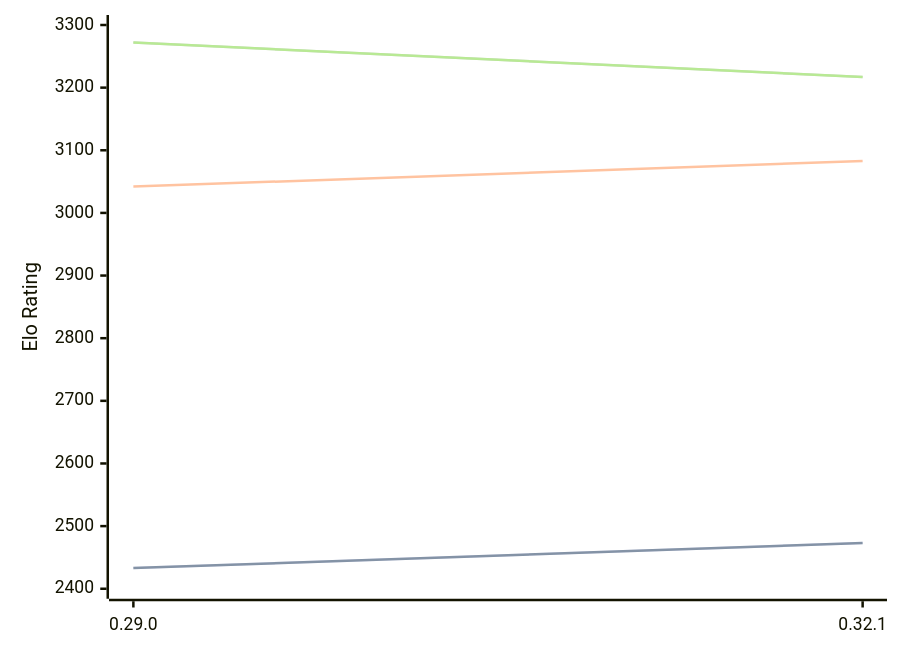
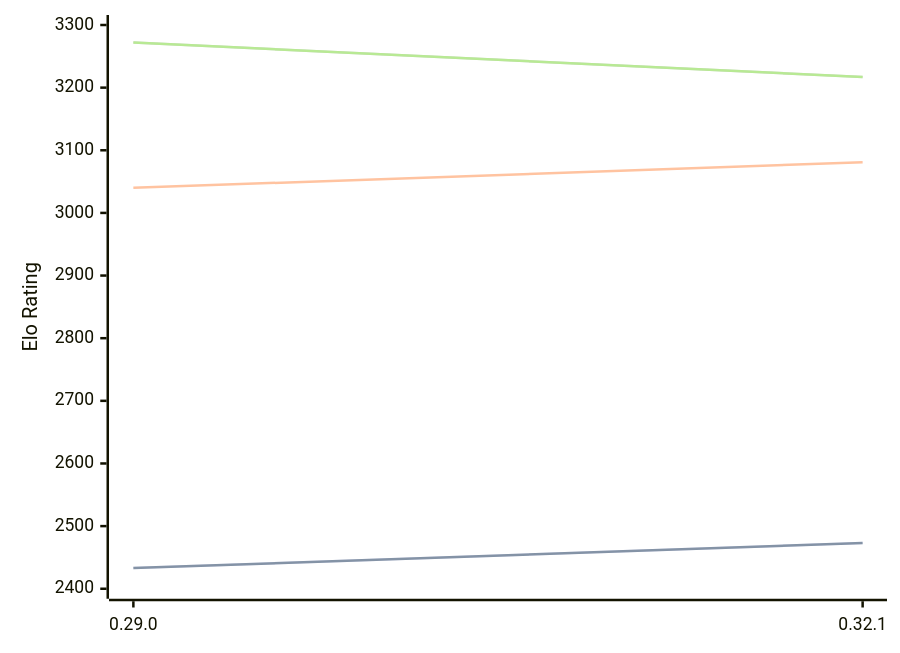
One commit to computer-chess-index/cci changed the diagram in engines/Lc0.md. Above: the diagram before and after it, drawn with Mermaid. The commit also changed other lines of this file, not shown here.

````diff
--- a/engines/Lc0.md
+++ b/engines/Lc0.md
@@ -66,11 +66,11 @@
 ```mermaid
 %%{init: {"theme":"base","themeVariables":{"seriesColors:['#a3a3a3','#222221','#faa371']}}}%%
 xychart-beta
   x-axis ["0.29.0", "0.32.1"]
   y-axis "Elo Rating" 2400 --> 3300
   line "STC (8.0+0.08s)" [2433, 2473]
   line "STC (8.0+0.08s)" [2433, 2473]
-  line "LTC (60.0+0.60s)" [3042, 3083]
+  line "LTC (60.0+0.60s)" [3040, 3081]
   line "VLTC (2m24s+1.12s)" [3272, 3217]
   line "VLTC (2m24s+1.12s)" [3272, 3217]
 ```
````
